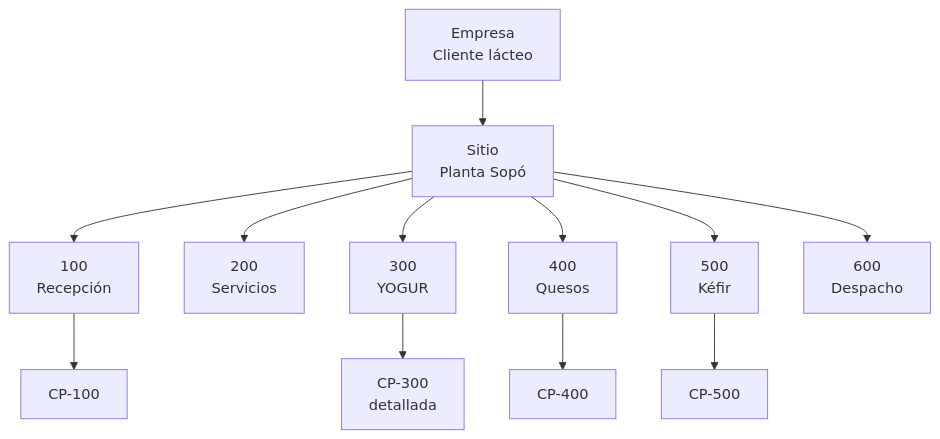
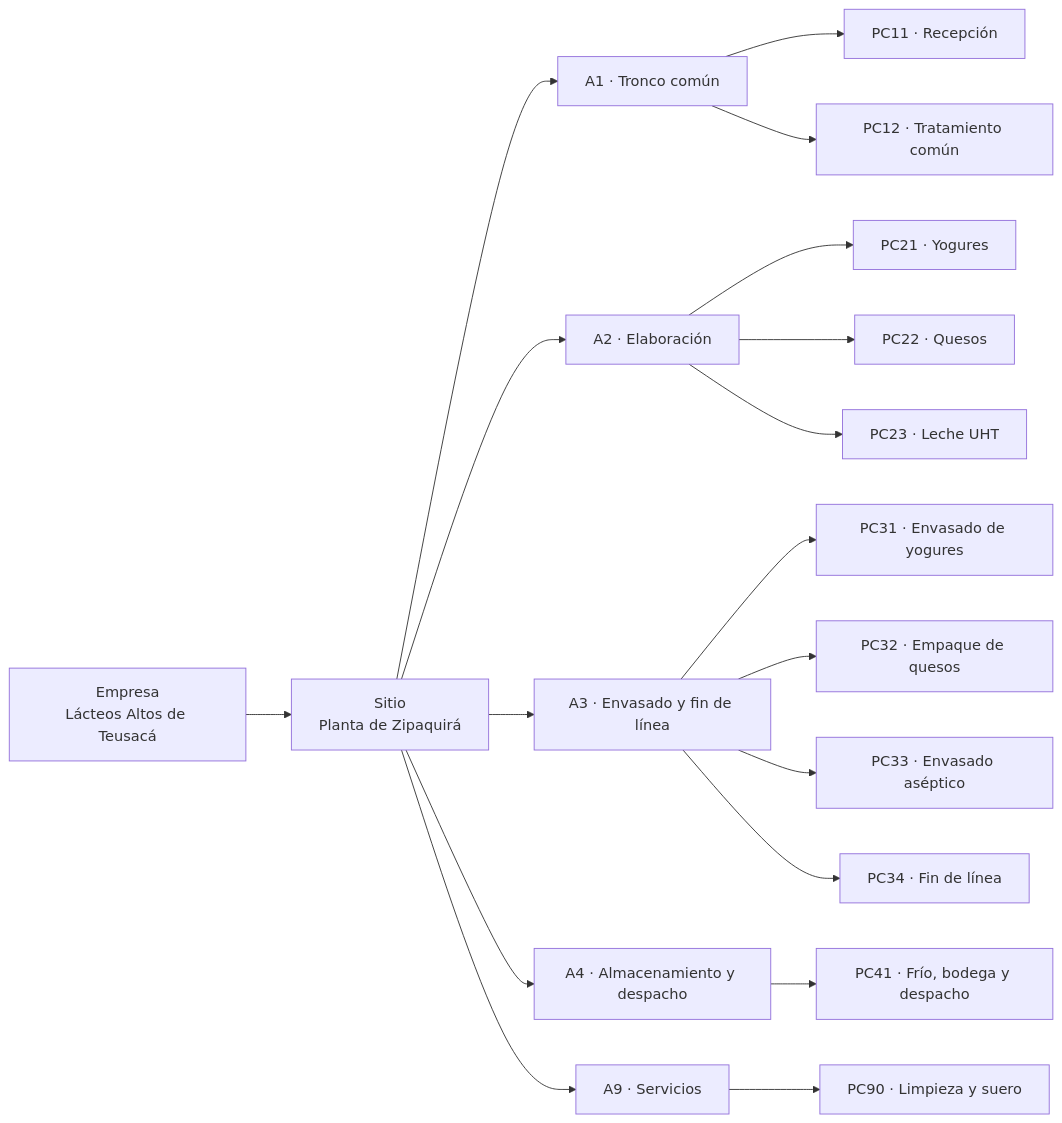
Before and after one commit to Mekvra/proyecto-integrador: the first of 2 diagrams in 01_transformacion-digital/isa88/modelo-fisico/modelo-fisico.md, drawn with Mermaid. The commit also changed other lines of this file and 4 other files, not shown here.

First line of the commit message:
ISA-88: modelo completo de la planta de 150.000 L/día (sin kéfir), con recetas maestras de las 9 referencias

````diff
--- a/01_transformacion-digital/isa88/modelo-fisico/modelo-fisico.md
+++ b/01_transformacion-digital/isa88/modelo-fisico/modelo-fisico.md
@@ -21,14 +38,20 @@
 ```mermaid
-flowchart TD
-    E["Empresa<br/>Cliente lácteo"] --> S["Sitio<br/>Planta Sopó"]
-    S --> A1["100<br/>Recepción"]
-    S --> A2["200<br/>Servicios"]
-    S --> A3["300<br/>YOGUR"]
-    S --> A4["400<br/>Quesos"]
-    S --> A5["500<br/>Kéfir"]
-    S --> A6["600<br/>Despacho"]
-    A1 --> C1["CP-100"]
-    A3 --> C3["CP-300<br/>detallada"]
-    A4 --> C4["CP-400"]
-    A5 --> C5["CP-500"]
+flowchart LR
+    E["Empresa<br/>Lácteos Altos de Teusacá"] --> S["Sitio<br/>Planta de Zipaquirá"]
+    S --> A1["A1 · Tronco común"]
+    S --> A2["A2 · Elaboración"]
+    S --> A3["A3 · Envasado y fin de línea"]
+    S --> A4["A4 · Almacenamiento y despacho"]
+    S --> A9["A9 · Servicios"]
+    A1 --> PC11["PC11 · Recepción"]
+    A1 --> PC12["PC12 · Tratamiento común"]
+    A2 --> PC21["PC21 · Yogures"]
+    A2 --> PC22["PC22 · Quesos"]
+    A2 --> PC23["PC23 · Leche UHT"]
+    A3 --> PC31["PC31 · Envasado de yogures"]
+    A3 --> PC32["PC32 · Empaque de quesos"]
+    A3 --> PC33["PC33 · Envasado aséptico"]
+    A3 --> PC34["PC34 · Fin de línea"]
+    A4 --> PC41["PC41 · Frío, bodega y despacho"]
+    A9 --> PC90["PC90 · Limpieza y suero"]
 ```
````
